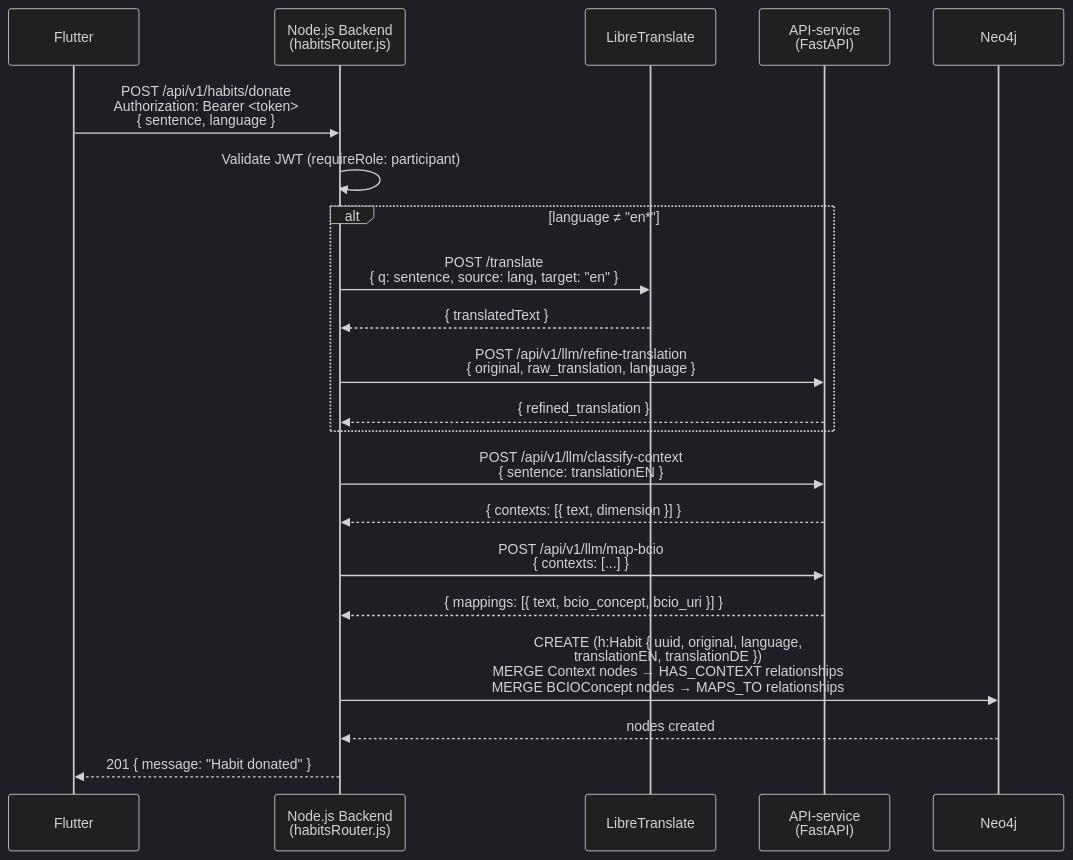
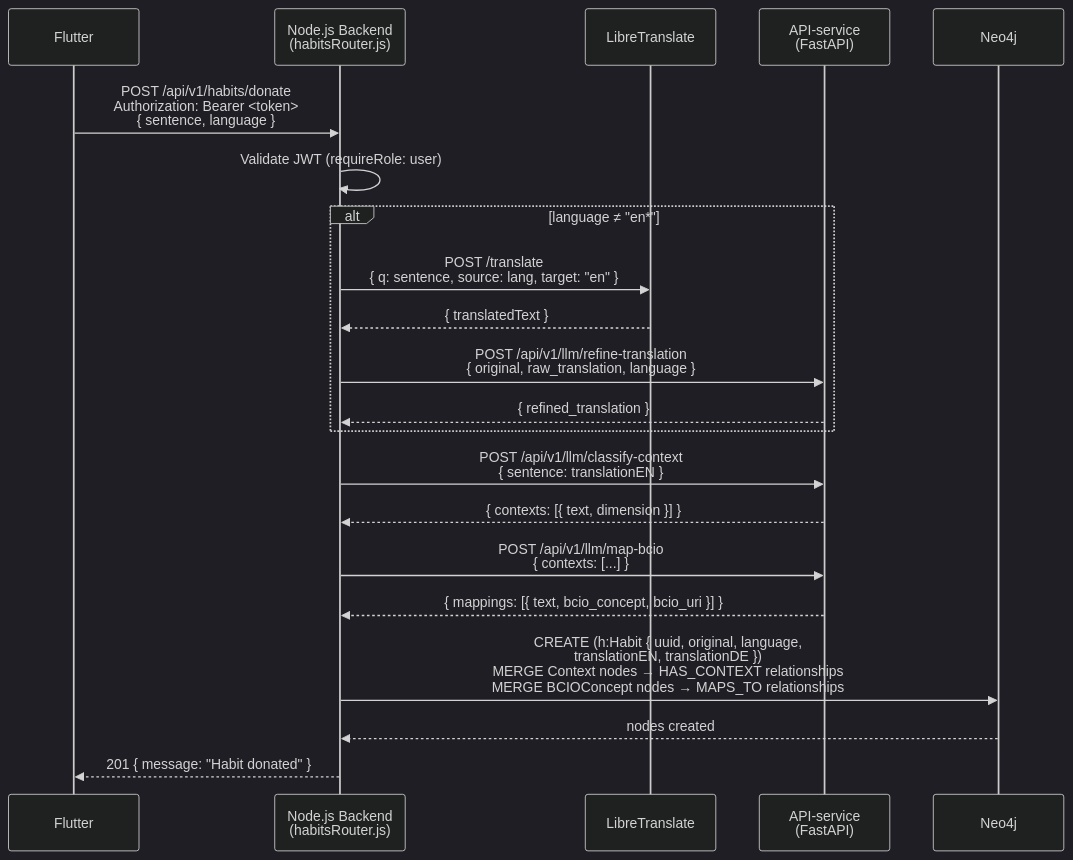
The second of 6 diagrams in docs/architecture.md (Bulgy404/health-habit-hub), drawn with Mermaid (dark theme) before and after one commit. The commit also changed other lines of this file, not shown here.

First line of the commit message:
docs: update architecture with LightRAG + MCP knowledge base

````diff
--- a/docs/architecture.md
+++ b/docs/architecture.md
@@ -109,29 +117,29 @@
 ```mermaid
 sequenceDiagram
     participant Flutter
     participant Backend as Node.js Backend<br/>(habitsRouter.js)
     participant LibreTranslate
     participant APIService as API-service<br/>(FastAPI)
     participant Neo4j
 
     Flutter->>Backend: POST /api/v1/habits/donate<br/>Authorization: Bearer <token><br/>{ sentence, language }
-    Backend->>Backend: Validate JWT (requireRole: participant)
+    Backend->>Backend: Validate JWT (requireRole: user)
 
     alt language ≠ "en*"
         Backend->>LibreTranslate: POST /translate<br/>{ q: sentence, source: lang, target: "en" }
         LibreTranslate-->>Backend: { translatedText }
         Backend->>APIService: POST /api/v1/llm/refine-translation<br/>{ original, raw_translation, language }
         APIService-->>Backend: { refined_translation }
     end
 
     Backend->>APIService: POST /api/v1/llm/classify-context<br/>{ sentence: translationEN }
     APIService-->>Backend: { contexts: [{ text, dimension }] }
 
     Backend->>APIService: POST /api/v1/llm/map-bcio<br/>{ contexts: [...] }
     APIService-->>Backend: { mappings: [{ text, bcio_concept, bcio_uri }] }
 
     Backend->>Neo4j: CREATE (h:Habit { uuid, original, language,<br/>translationEN, translationDE })<br/>MERGE Context nodes → HAS_CONTEXT relationships<br/>MERGE BCIOConcept nodes → MAPS_TO relationships
     Neo4j-->>Backend: nodes created
 
     Backend-->>Flutter: 201 { message: "Habit donated" }
 ```
````
